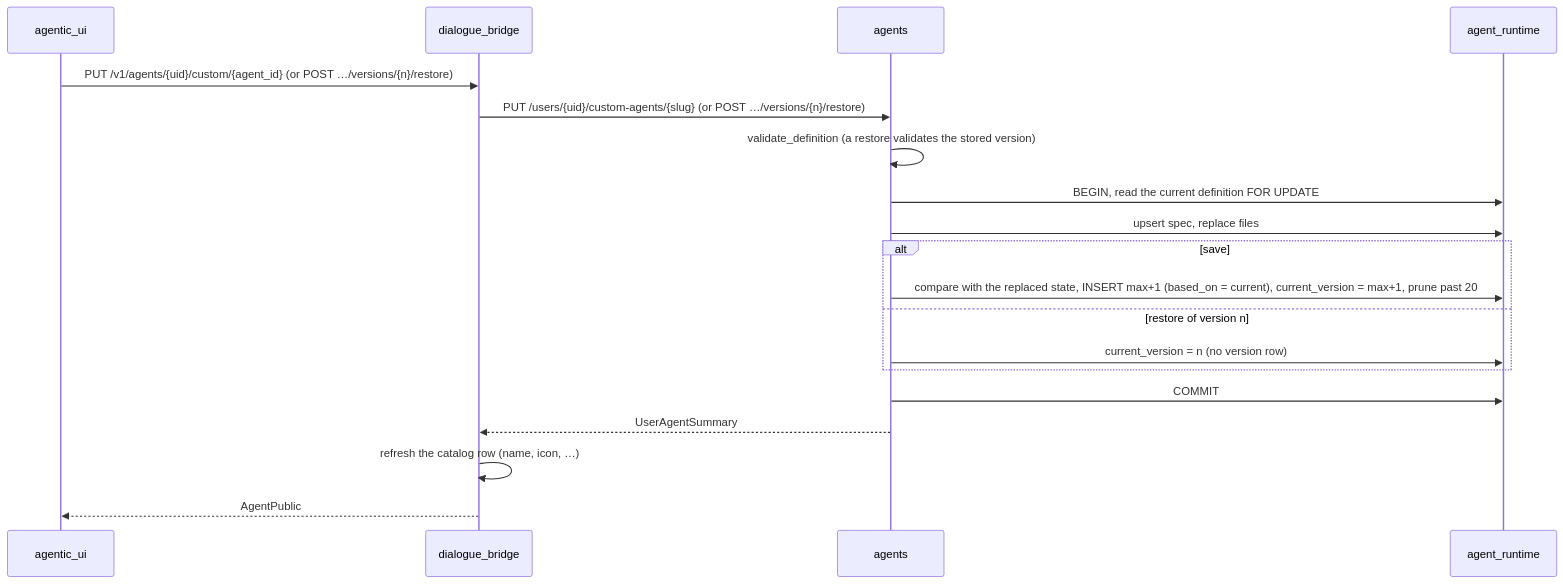
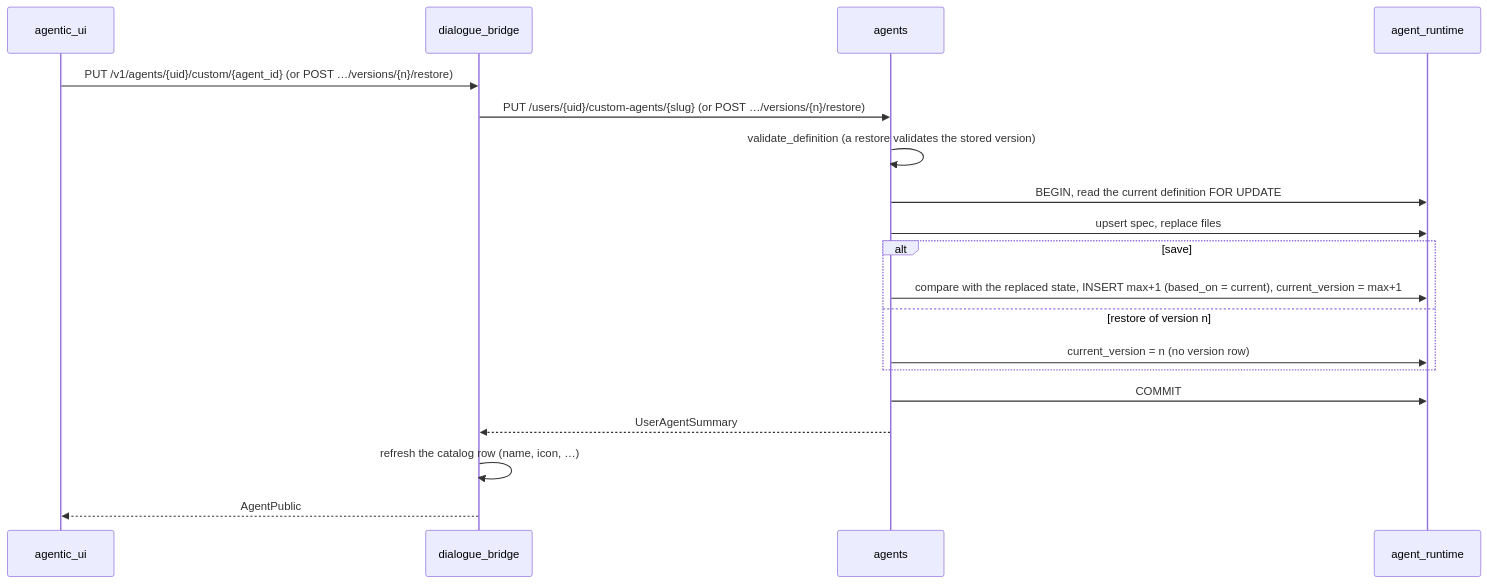
Before and after one commit to konstantinosmpouros/mAgenticX: the second of 4 diagrams in docs/flows/agent-version-history.md, drawn with Mermaid. The commit also changed other lines of this file and 25 other files, not shown here.

Commit message:
feat(agents): drop the agent and version caps, add a 64 KiB prompt limit and a zod agent spec schema

````diff
--- a/docs/flows/agent-version-history.md
+++ b/docs/flows/agent-version-history.md
@@ -22,22 +22,22 @@
 ```mermaid
 sequenceDiagram
     participant UI as agentic_ui
     participant B as dialogue_bridge
     participant A as agents
     participant DB as agent_runtime
 
     UI->>B: PUT /v1/agents/{uid}/custom/{agent_id} (or POST …/versions/{n}/restore)
     B->>A: PUT /users/{uid}/custom-agents/{slug} (or POST …/versions/{n}/restore)
     A->>A: validate_definition (a restore validates the stored version)
     A->>DB: BEGIN, read the current definition FOR UPDATE
     A->>DB: upsert spec, replace files
     alt save
-        A->>DB: compare with the replaced state, INSERT max+1 (based_on = current), current_version = max+1, prune past 20
+        A->>DB: compare with the replaced state, INSERT max+1 (based_on = current), current_version = max+1
     else restore of version n
         A->>DB: current_version = n (no version row)
     end
     A->>DB: COMMIT
     A-->>B: UserAgentSummary
     B->>B: refresh the catalog row (name, icon, …)
     B-->>UI: AgentPublic
 ```
````
